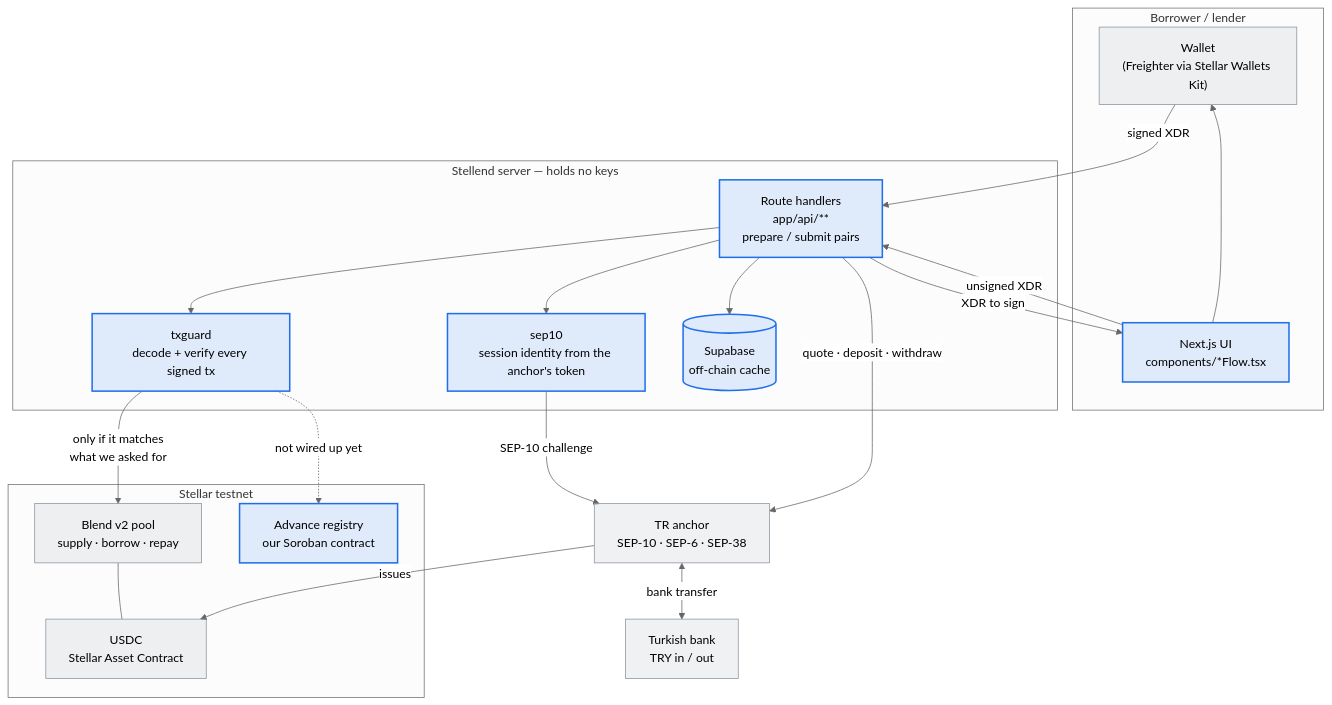
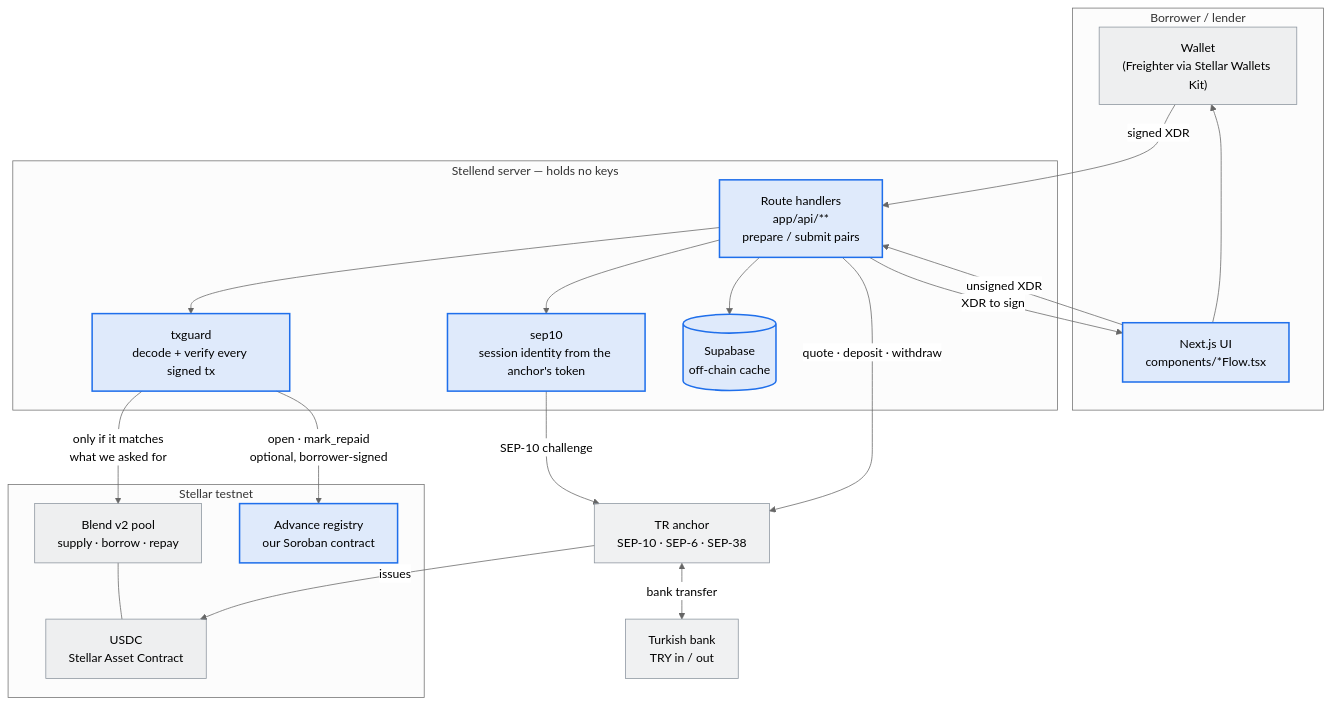
The diagram in README.md (medine2906/stellend_), drawn with Mermaid (neutral theme) before and after one commit. The commit also changed other lines of this file and 40 other files, not shown here.

````diff
--- a/README.md
+++ b/README.md
@@ -49,43 +54,43 @@
 ```mermaid
 flowchart TB
     subgraph user["Borrower / lender"]
         W["Wallet<br/>(Freighter via Stellar Wallets Kit)"]
         UI["Next.js UI<br/>components/*Flow.tsx"]
     end
 
     subgraph app["Stellend server — holds no keys"]
         API["Route handlers<br/>app/api/**<br/>prepare / submit pairs"]
         GUARD["txguard<br/>decode + verify every signed tx"]
         SESS["sep10<br/>session identity from the anchor's token"]
         DB[("Supabase<br/>off-chain cache")]
     end
 
     subgraph stellar["Stellar testnet"]
         POOL["Blend v2 pool<br/>supply · borrow · repay"]
         REG["Advance registry<br/>our Soroban contract"]
         USDC["USDC<br/>Stellar Asset Contract"]
     end
 
     ANCHOR["TR anchor<br/>SEP-10 · SEP-6 · SEP-38"]
     BANK["Turkish bank<br/>TRY in / out"]
 
     UI -->|"unsigned XDR"| API
     API -->|"XDR to sign"| UI
     UI --> W
     W -->|"signed XDR"| API
     API --> GUARD
     GUARD -->|"only if it matches<br/>what we asked for"| POOL
     API --> SESS
     SESS -->|"SEP-10 challenge"| ANCHOR
     API -->|"quote · deposit · withdraw"| ANCHOR
     ANCHOR <-->|"bank transfer"| BANK
     API --> DB
-    GUARD -.->|"not wired up yet"| REG
+    GUARD -->|"open · mark_repaid<br/>optional, borrower-signed"| REG
     POOL --- USDC
     ANCHOR -->|"issues"| USDC
 
     classDef ours fill:#1f6feb22,stroke:#1f6feb,stroke-width:2px
     classDef ext fill:#8b949e22,stroke:#8b949e
     class API,GUARD,SESS,DB,UI,REG ours
     class POOL,USDC,ANCHOR,BANK,W ext
 ```
````
